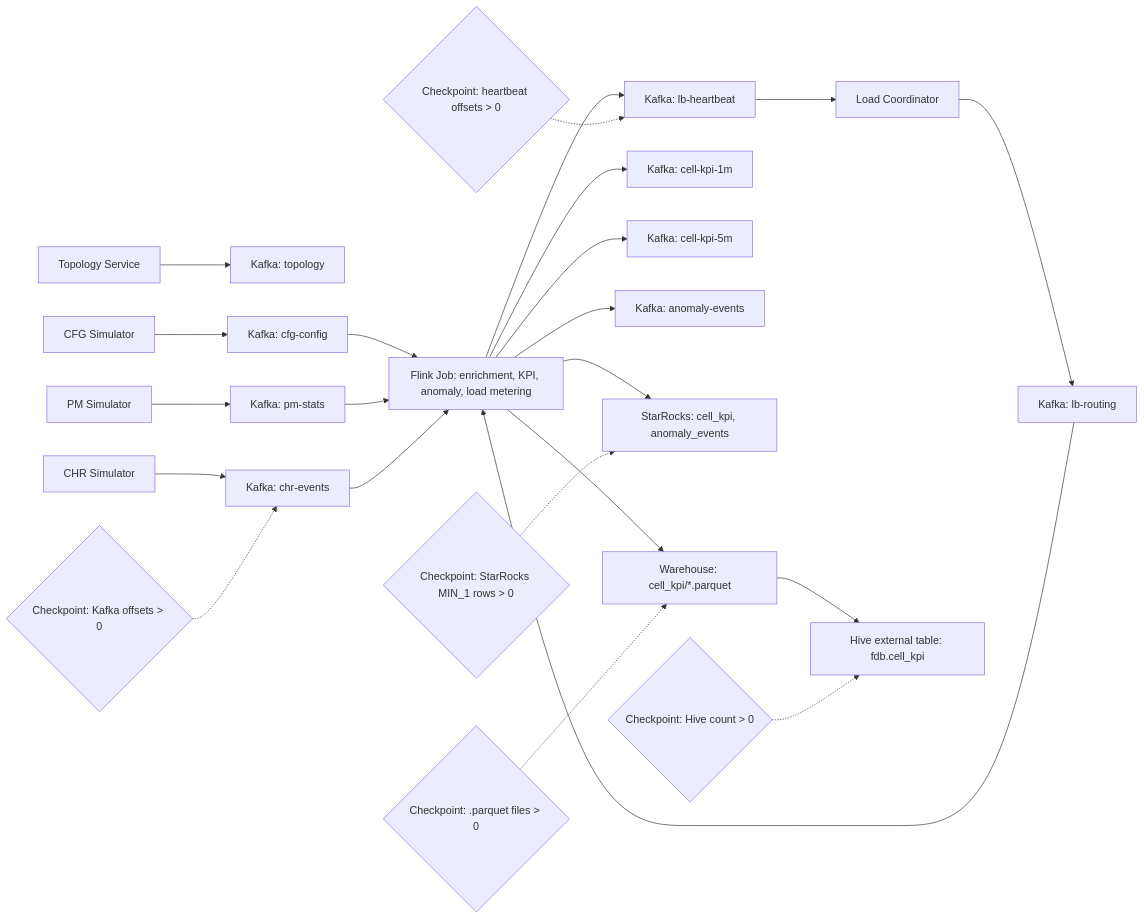
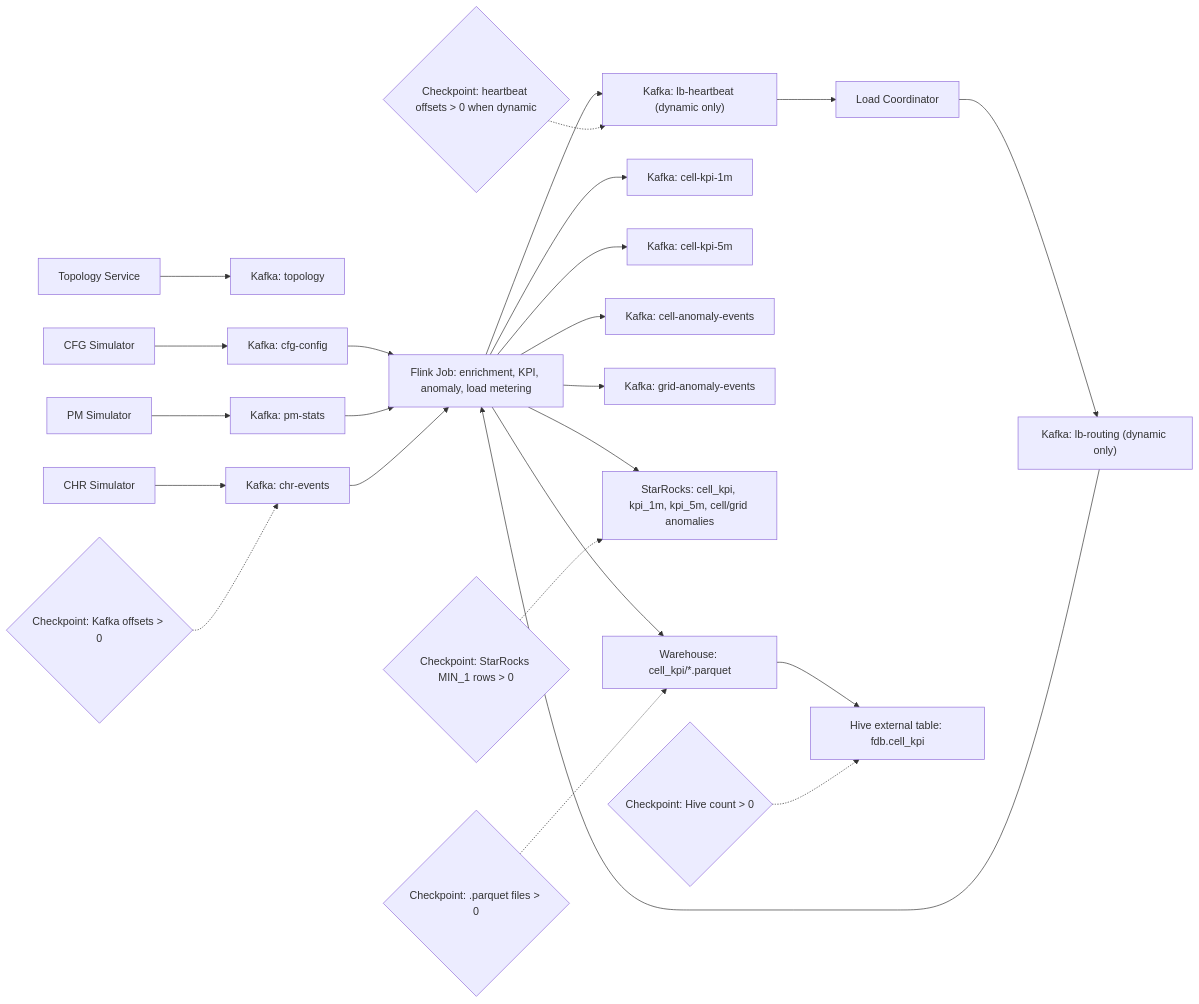
Before and after one commit to w00125533/flink-data-balance: the diagram in README.md, drawn with Mermaid. The commit also changed other lines of this file and 8 other files, not shown here.

Commit message:
feat(e2e): harden StarRocks observability smoke

````diff
--- a/README.md
+++ b/README.md
@@ -251,29 +260,30 @@
 ```mermaid
 flowchart LR
     TG["Topology Service"] --> KTopology["Kafka: topology"]
     Cfg["CFG Simulator"] --> KCfg["Kafka: cfg-config"]
     Pm["PM Simulator"] --> KPm["Kafka: pm-stats"]
     CHR["CHR Simulator"] --> KCHR["Kafka: chr-events"]
 
     KCfg --> Flink["Flink Job: enrichment, KPI, anomaly, load metering"]
     KPm --> Flink
     KCHR --> Flink
-    KRouting["Kafka: lb-routing"] --> Flink
+    KRouting["Kafka: lb-routing (dynamic only)"] --> Flink
 
-    Flink --> KHeartbeat["Kafka: lb-heartbeat"]
+    Flink --> KHeartbeat["Kafka: lb-heartbeat (dynamic only)"]
     KHeartbeat --> Coordinator["Load Coordinator"]
     Coordinator --> KRouting
 
     Flink --> KKpi1m["Kafka: cell-kpi-1m"]
     Flink --> KKpi5m["Kafka: cell-kpi-5m"]
-    Flink --> KAnomaly["Kafka: anomaly-events"]
-    Flink --> StarRocks["StarRocks: cell_kpi, anomaly_events"]
+    Flink --> KCellAnomaly["Kafka: cell-anomaly-events"]
+    Flink --> KGridAnomaly["Kafka: grid-anomaly-events"]
+    Flink --> StarRocks["StarRocks: cell_kpi, kpi_1m, kpi_5m, cell/grid anomalies"]
     Flink --> Parquet["Warehouse: cell_kpi/*.parquet"]
     Parquet --> Hive["Hive external table: fdb.cell_kpi"]
 
     CheckKafka{"Checkpoint: Kafka offsets > 0"} -.-> KCHR
     CheckStarRocks{"Checkpoint: StarRocks MIN_1 rows > 0"} -.-> StarRocks
-    CheckHeartbeat{"Checkpoint: heartbeat offsets > 0"} -.-> KHeartbeat
+    CheckHeartbeat{"Checkpoint: heartbeat offsets > 0 when dynamic"} -.-> KHeartbeat
     CheckParquet{"Checkpoint: .parquet files > 0"} -.-> Parquet
     CheckHive{"Checkpoint: Hive count > 0"} -.-> Hive
 ```
````
